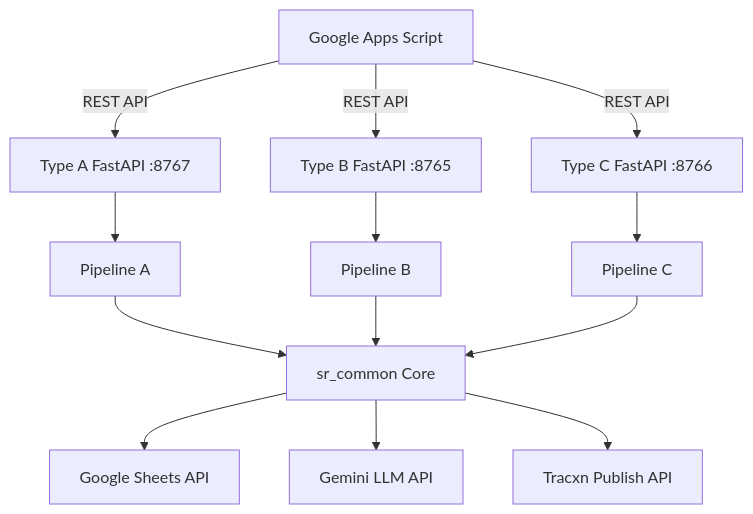
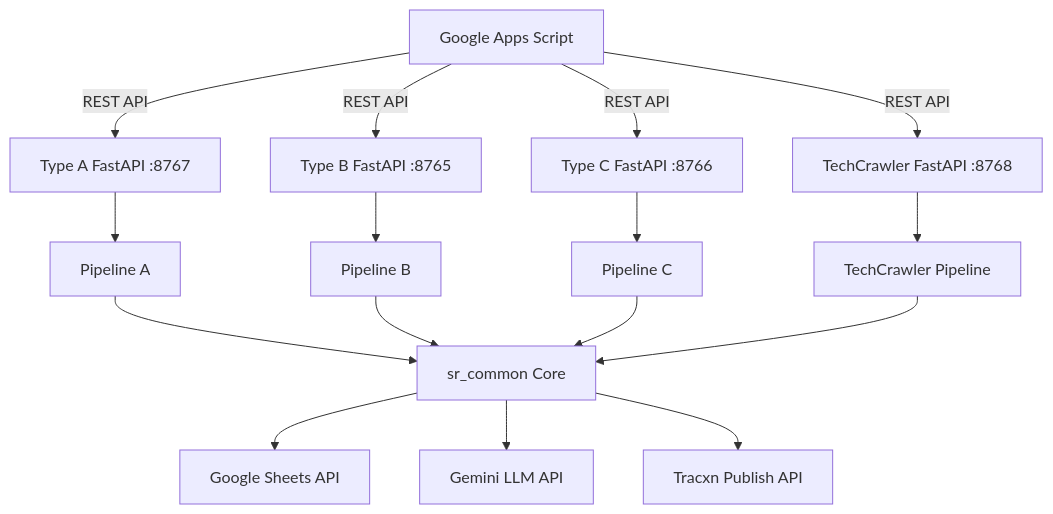
Before and after one commit to Viz38/publishing-sr: the diagram in README.md, drawn with Mermaid. The commit also changed other lines of this file and 9 other files, not shown here.

Commit message:
feat: add TechCrawler pipeline integration with Google Apps Script runner and endpoints

````diff
--- a/README.md
+++ b/README.md
@@ -17,18 +17,21 @@
 ```mermaid
 graph TD
     UI[Google Apps Script] --> |REST API| API_A[Type A FastAPI :8767]
     UI --> |REST API| API_B[Type B FastAPI :8765]
     UI --> |REST API| API_C[Type C FastAPI :8766]
+    UI --> |REST API| API_T[TechCrawler FastAPI :8768]
     
     API_A --> WorkerA[Pipeline A]
     API_B --> WorkerB[Pipeline B]
     API_C --> WorkerC[Pipeline C]
+    API_T --> WorkerT[TechCrawler Pipeline]
     
     WorkerA --> Core[sr_common Core]
     WorkerB --> Core
     WorkerC --> Core
+    WorkerT --> Core
     
     Core --> Sheets[Google Sheets API]
     Core --> Gemini[Gemini LLM API]
     Core --> Tracxn[Tracxn Publish API]
 ```
````
